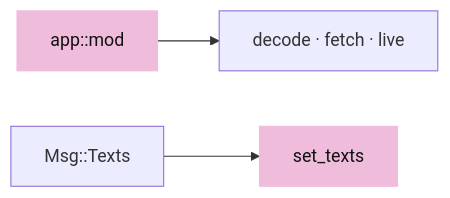
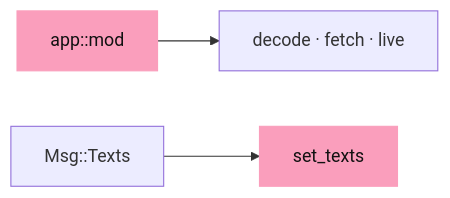
The seventh of 8 diagrams in session_viewer/docs/14-loading.md (petrasvestartas/session), drawn with Mermaid before and after one commit. The commit also changed other lines of this file and 328 other files, not shown here.

First line of the commit message:
Course: the palette you sent, and mermaid drawn like the drawings

````diff
--- a/session_viewer/docs/14-loading.md
+++ b/session_viewer/docs/14-loading.md
@@ -231,7 +231,7 @@
 ```mermaid
 flowchart LR
     M["app::mod"] --> D["decode · fetch · live"]
     T["Msg::Texts"] --> S["set_texts"]
-    style M fill:#f0bcdb,stroke:#f0bcdb,color:#111
-    style S fill:#f0bcdb,stroke:#f0bcdb,color:#111
+    style M fill:#fa9ebc,stroke:#fa9ebc,color:#111
+    style S fill:#fa9ebc,stroke:#fa9ebc,color:#111
 ```
````
